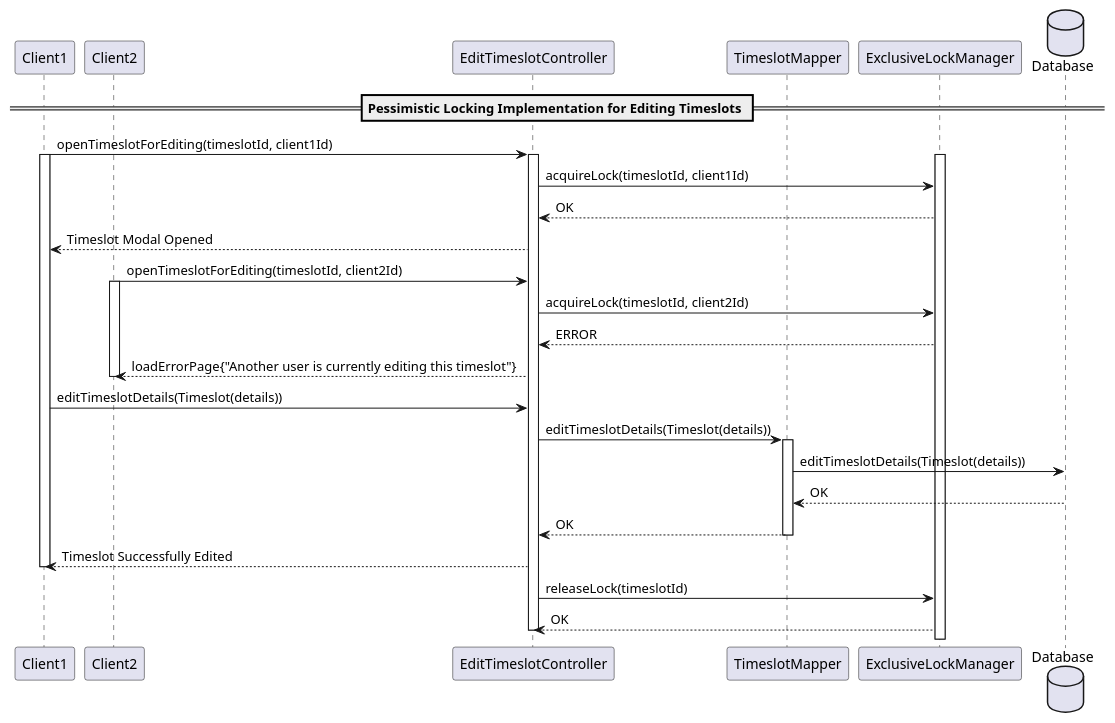
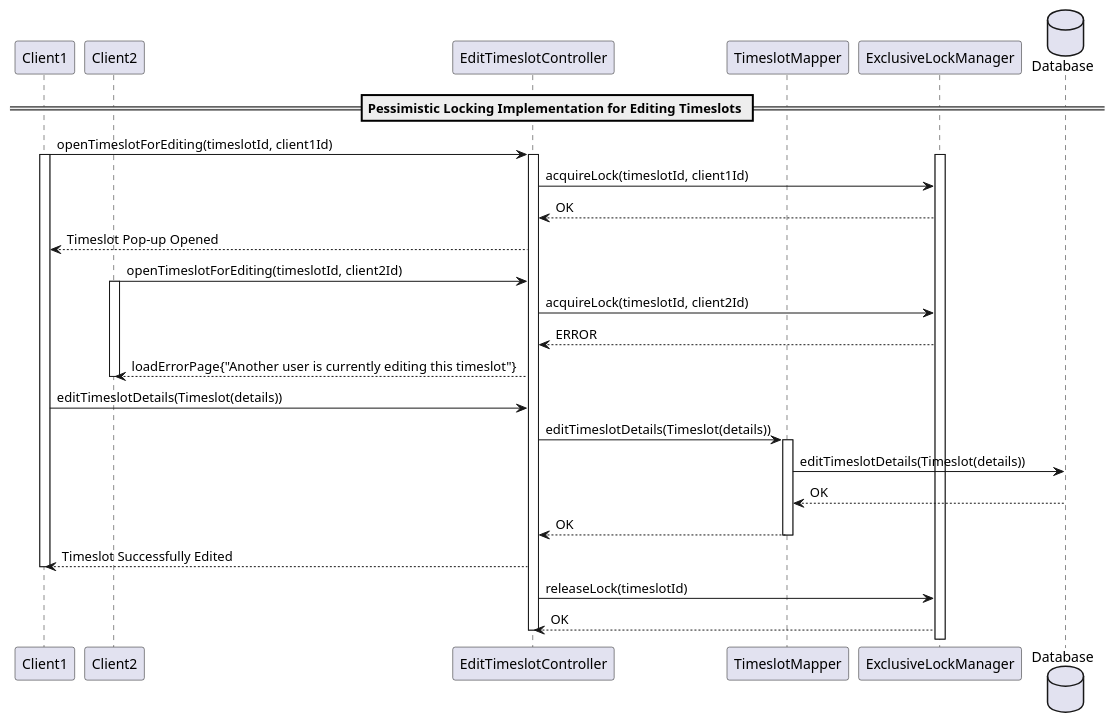
Before and after one commit to SWEN900072021/Covid19BookingSystem: the diagram in docs/part3/diagrams/PessimisticLockingSequenceDiagram.puml, drawn with PlantUML.

Commit message:
fixing diagram

```diff
--- a/docs/part3/diagrams/PessimisticLockingSequenceDiagram.puml
+++ b/docs/part3/diagrams/PessimisticLockingSequenceDiagram.puml
@@ -1,40 +1,40 @@
 @startuml
 'https://plantuml.com/sequence-diagram
 
 skinparam linetype polyline
 
 participant "Client1" as Client1
 participant "Client2" as Client2
 participant "EditTimeslotController" as ETC
 participant "TimeslotMapper" as TM
 participant "ExclusiveLockManager" as ELM
 database "Database" as DB
 
 == Pessimistic Locking Implementation for Editing Timeslots ==
 Client1 -> ETC: openTimeslotForEditing(timeslotId, client1Id)
 activate ELM
 activate Client1
 activate ETC
 ETC -> ELM: acquireLock(timeslotId, client1Id)
 ELM --> ETC: OK
-ETC --> Client1: Timeslot Modal Opened
+ETC --> Client1: Timeslot Pop-up Opened
 Client2 -> ETC: openTimeslotForEditing(timeslotId, client2Id)
 activate Client2
 ETC -> ELM: acquireLock(timeslotId, client2Id)
 ELM --> ETC: ERROR
 ETC --> Client2: loadErrorPage{"Another user is currently editing this timeslot"}
 deactivate Client2
 Client1 -> ETC: editTimeslotDetails(Timeslot(details))
 ETC -> TM: editTimeslotDetails(Timeslot(details))
 activate TM
 TM -> DB: editTimeslotDetails(Timeslot(details))
 DB --> TM: OK
 TM --> ETC: OK
 deactivate TM
 ETC --> Client1: Timeslot Successfully Edited
 deactivate Client1
 ETC -> ELM: releaseLock(timeslotId)
 ELM --> ETC: OK
 deactivate ETC
 
 @enduml
```
